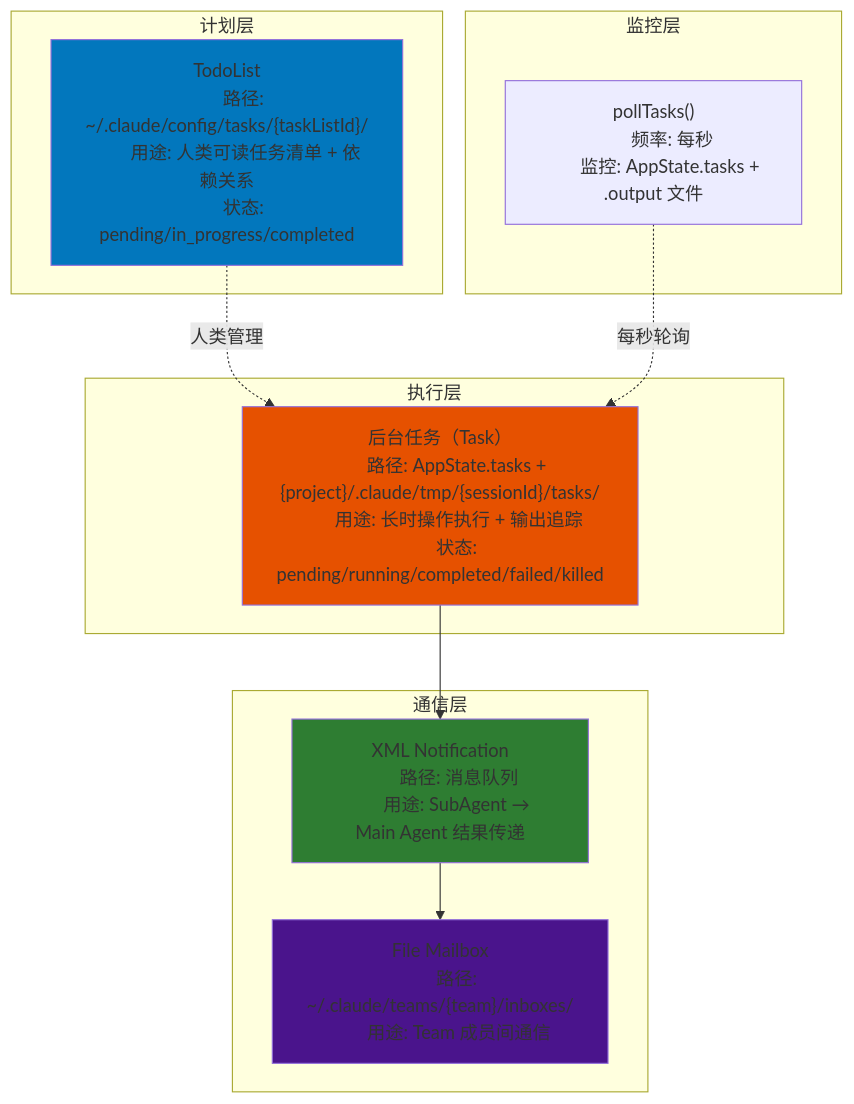
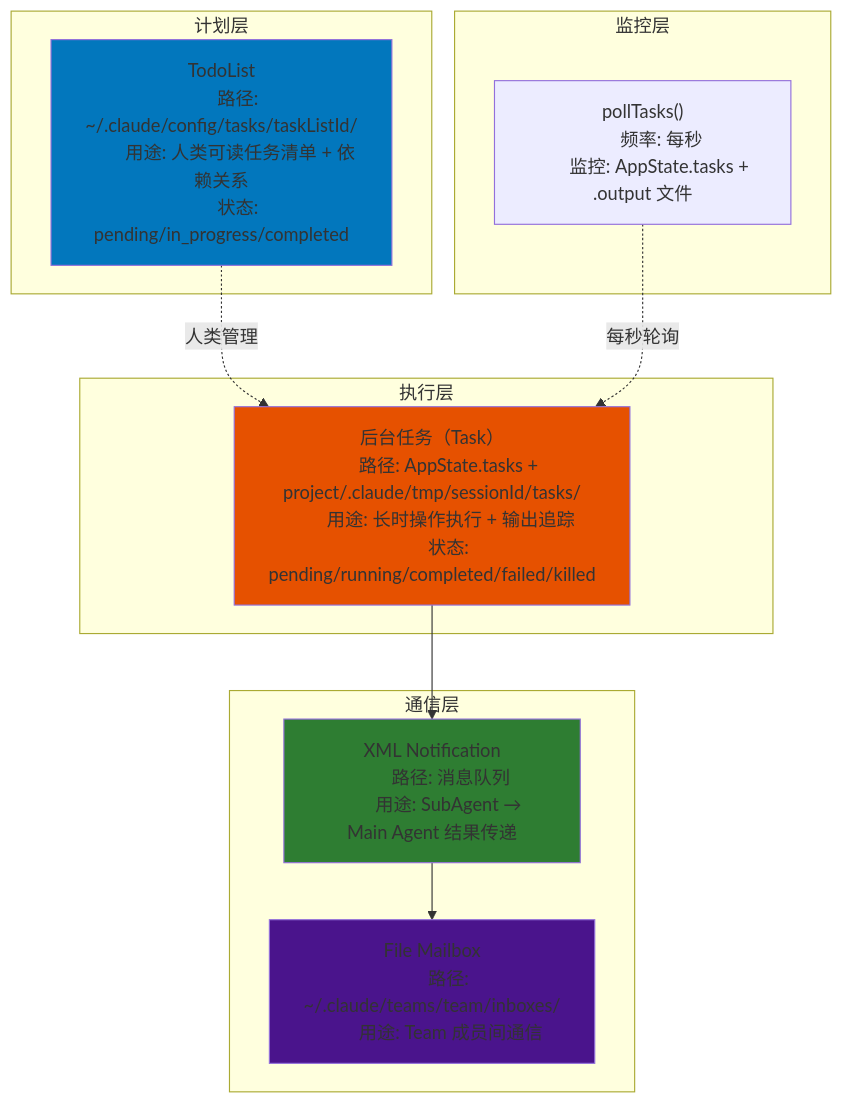
Before and after one commit to platootalp/harness-code: diagram 11 of 16 in claude-code/docs/deep/TASK-SYSTEM.md, drawn with Mermaid. The commit also changed other lines of this file and 58 other files, not shown here.

````diff
--- a/claude-code/docs/deep/TASK-SYSTEM.md
+++ b/claude-code/docs/deep/TASK-SYSTEM.md
@@ -952,41 +952,41 @@
 ```mermaid
 flowchart TD
     subgraph 计划层
         TodoList["TodoList
-        路径: ~/.claude/config/tasks/{taskListId}/
+        路径: ~/.claude/config/tasks/taskListId/
         用途: 人类可读任务清单 + 依赖关系
         状态: pending/in_progress/completed"]
     end
 
     subgraph 执行层
         Task["后台任务（Task）
-        路径: AppState.tasks + {project}/.claude/tmp/{sessionId}/tasks/
+        路径: AppState.tasks + project/.claude/tmp/sessionId/tasks/
         用途: 长时操作执行 + 输出追踪
         状态: pending/running/completed/failed/killed"]
     end
 
     subgraph 通信层
         XML["XML Notification
         路径: 消息队列
         用途: SubAgent → Main Agent 结果传递"]
 
         Mailbox["File Mailbox
-        路径: ~/.claude/teams/{team}/inboxes/
+        路径: ~/.claude/teams/team/inboxes/
         用途: Team 成员间通信"]
     end
 
     subgraph 监控层
         Poll["pollTasks()
         频率: 每秒
         监控: AppState.tasks + .output 文件"]
     end
 
     TodoList -. "人类管理" .-> Task
     Task --> XML --> Mailbox
     Poll -. "每秒轮询" .-> Task
 
     style TodoList fill:#0277bd
     style Task fill:#e65100
     style XML fill:#2e7d32
     style Mailbox fill:#4a148c
 ```
````
